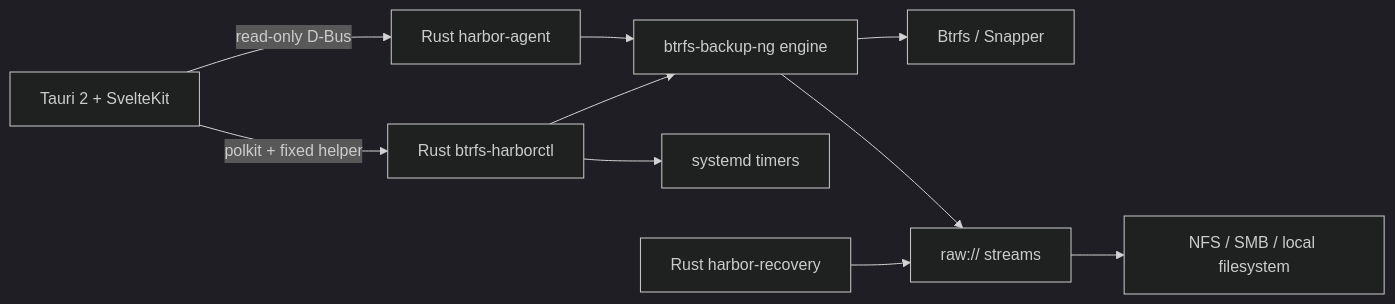
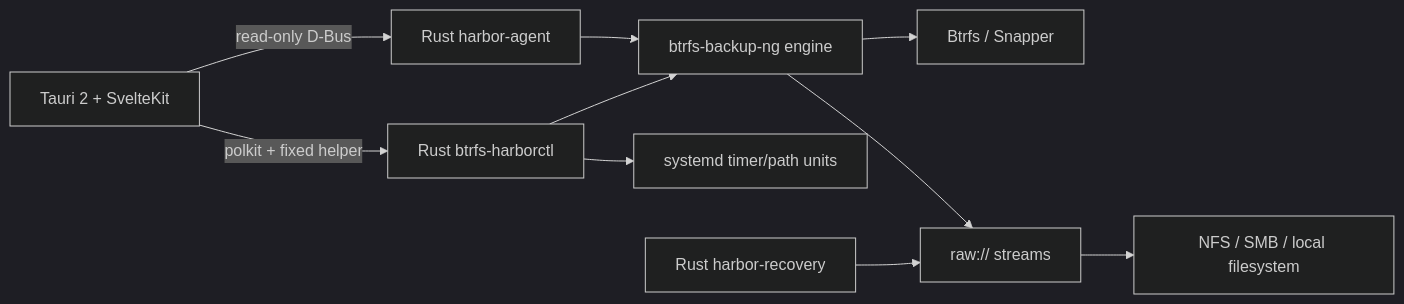
The diagram in README.md (GodsQuantum/BTRFS-Harbor), drawn with Mermaid (dark theme) before and after one commit. The commit also changed other lines of this file and 12 other files, not shown here.

````diff
--- a/README.md
+++ b/README.md
@@ -171,12 +188,12 @@
 ```mermaid
 flowchart LR
     UI["Tauri 2 + SvelteKit"] -->|read-only D-Bus| Agent["Rust harbor-agent"]
     UI -->|polkit + fixed helper| Ctl["Rust btrfs-harborctl"]
     Agent --> Engine["btrfs-backup-ng engine"]
     Ctl --> Engine
-    Ctl --> Systemd["systemd timers"]
+    Ctl --> Systemd["systemd timer/path units"]
     Engine --> Btrfs["Btrfs / Snapper"]
     Engine --> Raw["raw:// streams"]
     Raw --> Target["NFS / SMB / local filesystem"]
     Recovery["Rust harbor-recovery"] --> Raw
 ```
````
